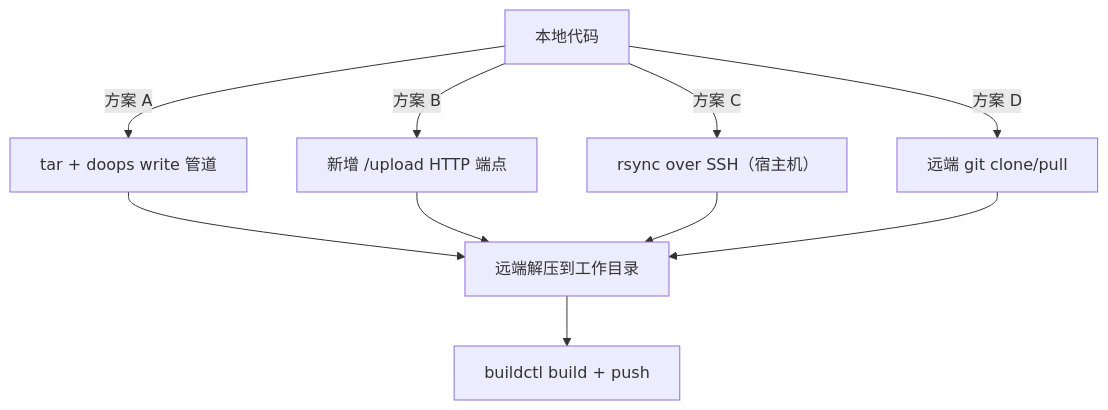
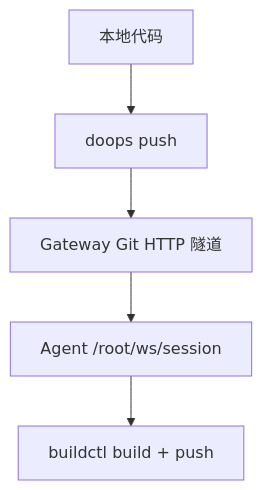
One commit to symansun/doops changed the first of 2 diagrams in backend/docs/code_sync_rsync_analysis.md. Above: the diagram before and after it, drawn with Mermaid. The commit also changed other lines of this file and 5 other files, not shown here.

````diff
--- a/backend/docs/code_sync_rsync_analysis.md
+++ b/backend/docs/code_sync_rsync_analysis.md
@@ -29,12 +39,7 @@
 ```mermaid
 graph TD
-    A["本地代码"] -->|"方案 A"| B["tar + doops write 管道"]
-    A -->|"方案 B"| C["新增 /upload HTTP 端点"]
-    A -->|"方案 C"| D["rsync over SSH（宿主机）"]
-    A -->|"方案 D"| E["远端 git clone/pull"]
-    B --> F["远端解压到工作目录"]
-    C --> F
-    D --> F
-    E --> F
-    F --> G["buildctl build + push"]
+    A["本地代码"] --> B["doops push"]
+    B --> C["Gateway Git HTTP 隧道"]
+    C --> D["Agent /root/ws/session"]
+    D --> E["buildctl build + push"]
 ```
````
